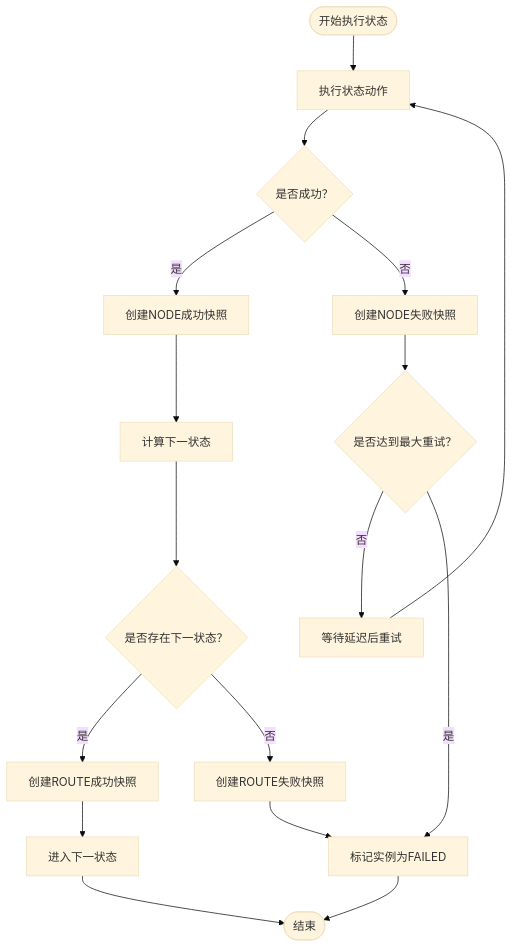
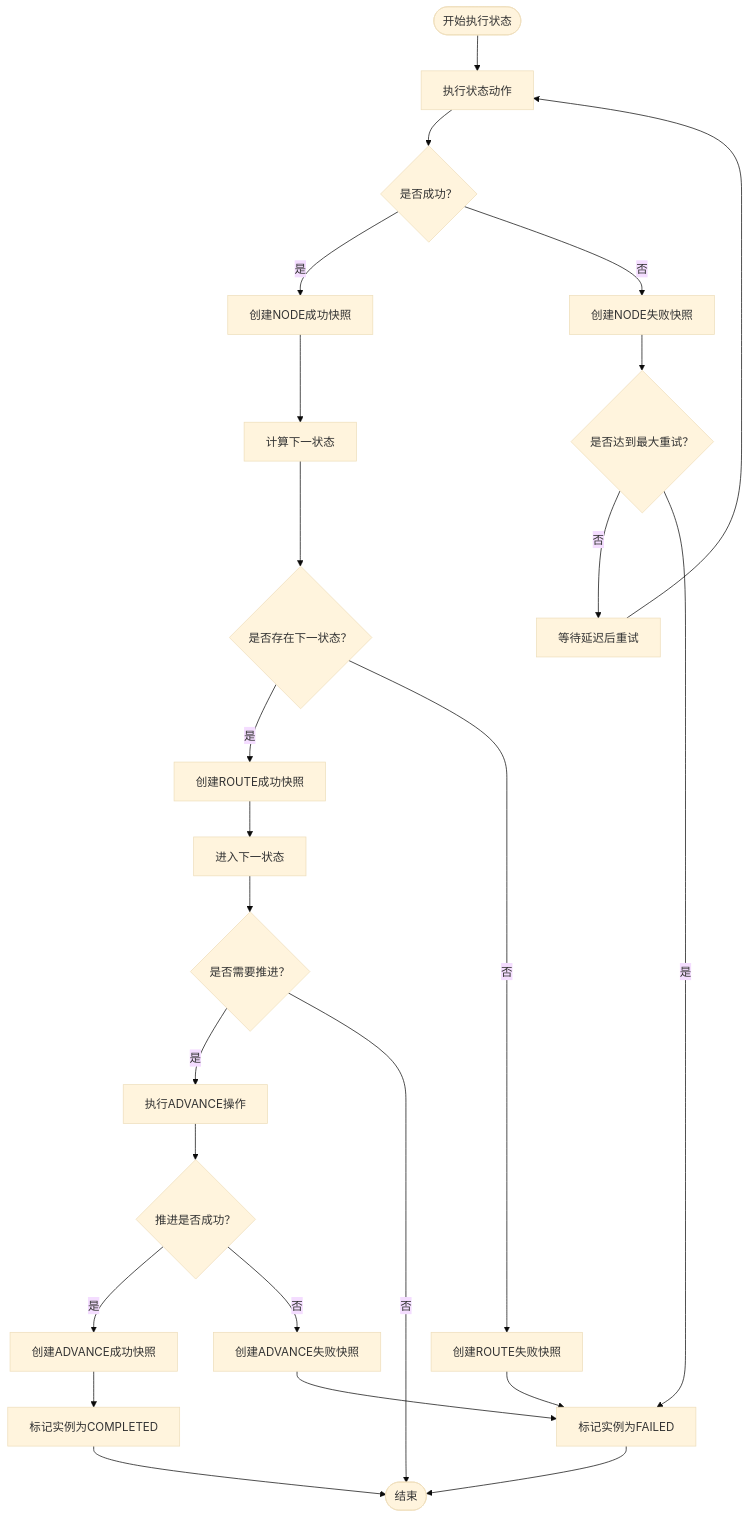
Before and after one commit to xiaoche80s-tech/state-machine-parent: the fourth of 6 diagrams in .qoder/repowiki/zh/content/快照与恢复/执行快照设计.md, drawn with Mermaid (base theme). The commit also changed other lines of this file and 7 other files, not shown here.

````diff
--- a/.qoder/repowiki/zh/content/快照与恢复/执行快照设计.md
+++ b/.qoder/repowiki/zh/content/快照与恢复/执行快照设计.md
@@ -235,19 +268,27 @@
 ```mermaid
 flowchart TD
 Start(["开始执行状态"]) --> TryExec["执行状态动作"]
 TryExec --> Success{"是否成功？"}
 Success --> |是| SaveNodeSuccess["创建NODE成功快照"]
 Success --> |否| SaveNodeFail["创建NODE失败快照"]
 SaveNodeSuccess --> RouteDecision["计算下一状态"]
 SaveNodeFail --> RetryCheck{"是否达到最大重试？"}
 RetryCheck --> |否| Sleep["等待延迟后重试"]
 Sleep --> TryExec
 RetryCheck --> |是| MarkFailed["标记实例为FAILED"]
 RouteDecision --> HasNext{"是否存在下一状态？"}
 HasNext --> |是| SaveRouteSuccess["创建ROUTE成功快照"]
 SaveRouteSuccess --> NextState["进入下一状态"]
 HasNext --> |否| SaveRouteFail["创建ROUTE失败快照"]
 SaveRouteFail --> MarkFailed
-NextState --> End(["结束"])
+NextState --> AdvanceCheck{"是否需要推进？"}
+AdvanceCheck --> |是| AdvanceExec["执行ADVANCE操作"]
+AdvanceExec --> AdvanceSuccess{"推进是否成功？"}
+AdvanceSuccess --> |是| SaveAdvanceSuccess["创建ADVANCE成功快照"]
+AdvanceSuccess --> |否| SaveAdvanceFail["创建ADVANCE失败快照"]
+SaveAdvanceSuccess --> MarkCompleted["标记实例为COMPLETED"]
+SaveAdvanceFail --> MarkFailed
+AdvanceCheck --> |否| End(["结束"])
 MarkFailed --> End
+MarkCompleted --> End
 ```
````
